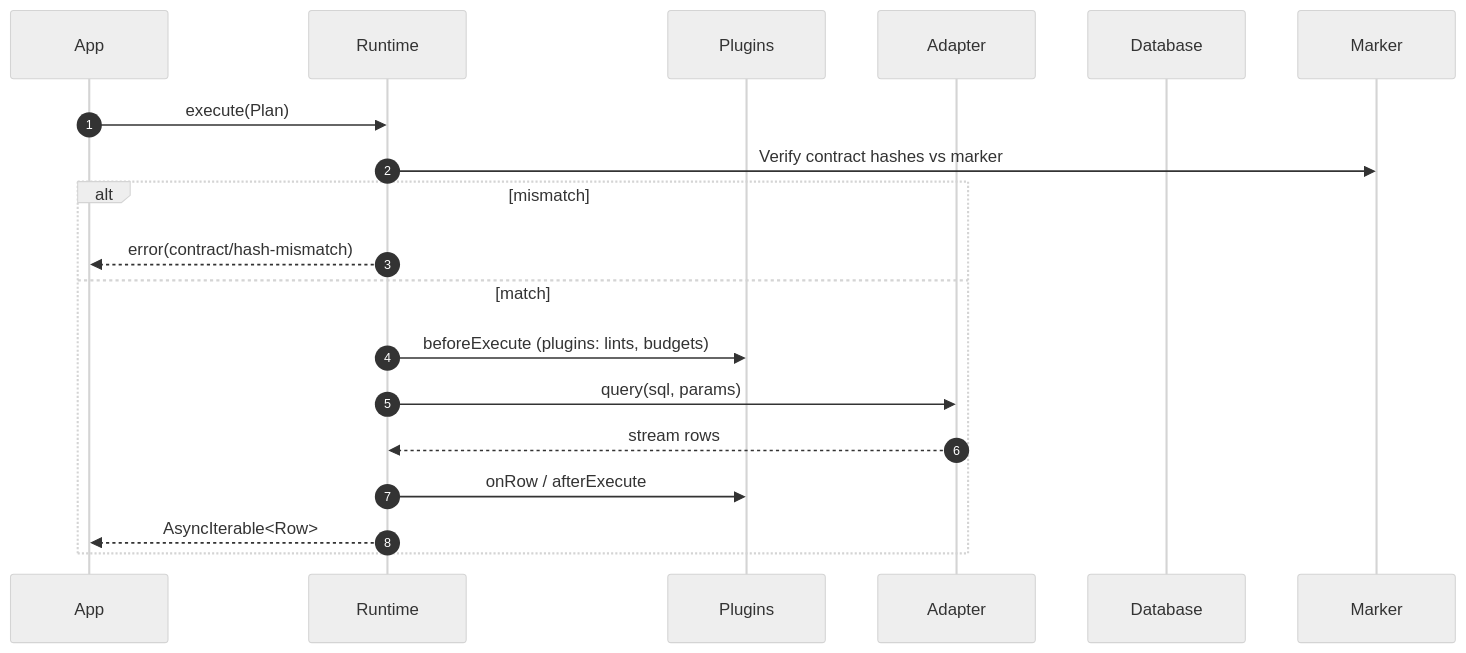
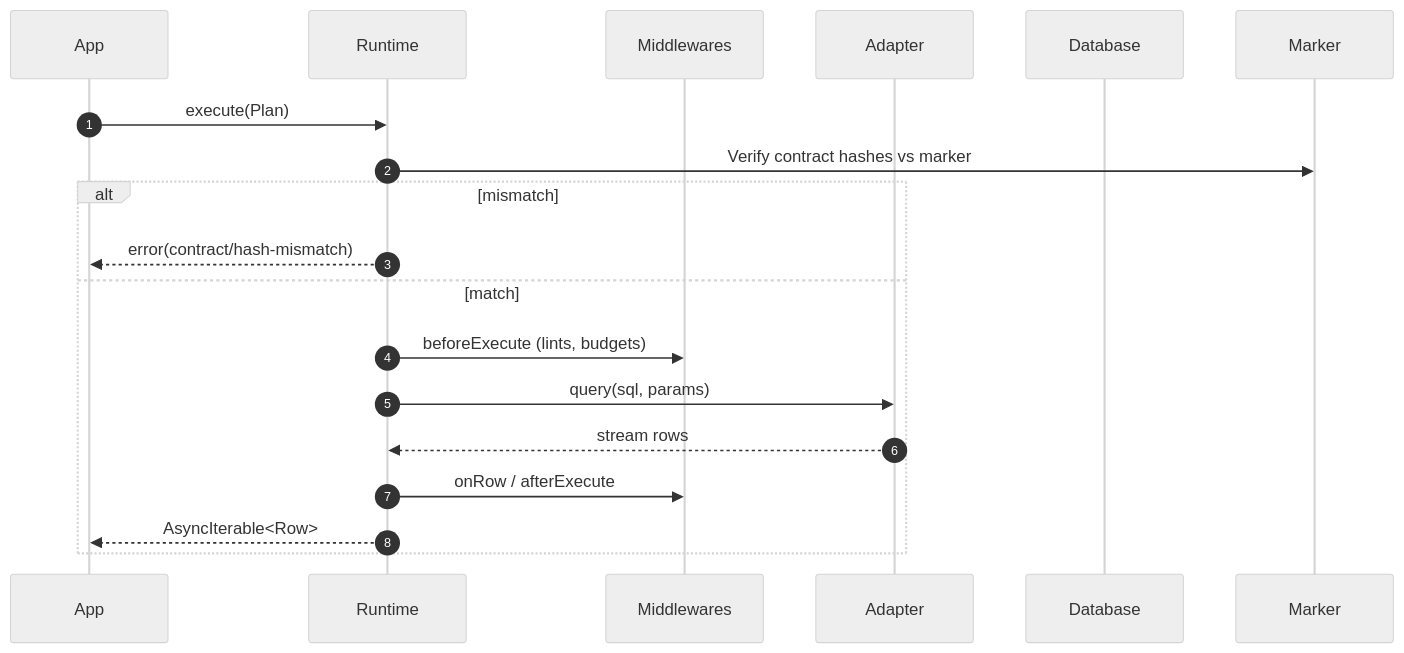
Before and after one commit to prisma/prisma-next: the diagram in docs/architecture docs/subsystems/4. Runtime & Plugin Framework.md, drawn with Mermaid (neutral theme). The commit also changed other lines of this file and 1 other file, not shown here.

First line of the commit message:
Update Runtime & Middleware Framework subsystem doc

````diff
--- a/docs/architecture docs/subsystems/4. Runtime & Plugin Framework.md
+++ b/docs/architecture docs/subsystems/4. Runtime & Plugin Framework.md
@@ -76,22 +117,22 @@
 ```mermaid
 sequenceDiagram
   autonumber
   participant App as App
   participant Runtime as Runtime
-  participant Plugins as Plugins
+  participant Middlewares as Middlewares
   participant Adapter as Adapter
   participant DB as Database
   participant Marker as Marker
 
   App->>Runtime: execute(Plan)
   Runtime->>Marker: Verify contract hashes vs marker
   alt mismatch
     Runtime-->>App: error(contract/hash-mismatch)
   else match
-    Runtime->>Plugins: beforeExecute (plugins: lints, budgets)
+    Runtime->>Middlewares: beforeExecute (lints, budgets)
     Runtime->>Adapter: query(sql, params)
     Adapter-->>Runtime: stream rows
-    Runtime->>Plugins: onRow / afterExecute
+    Runtime->>Middlewares: onRow / afterExecute
     Runtime-->>App: AsyncIterable<Row>
   end
 ```
````
